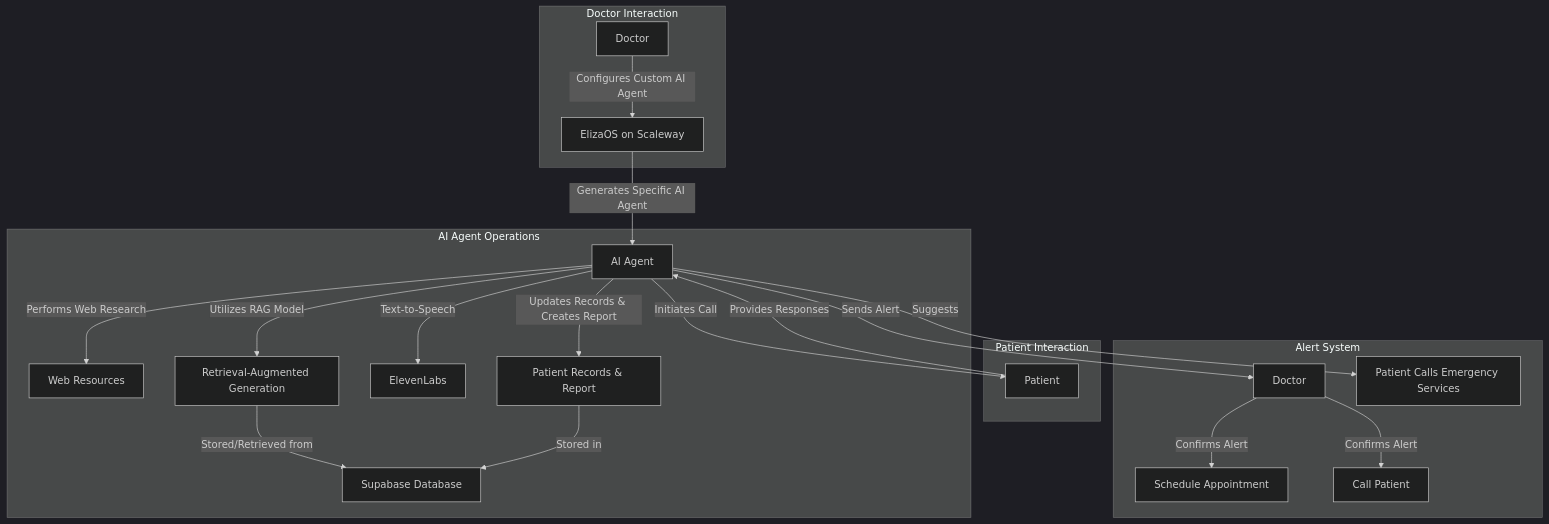
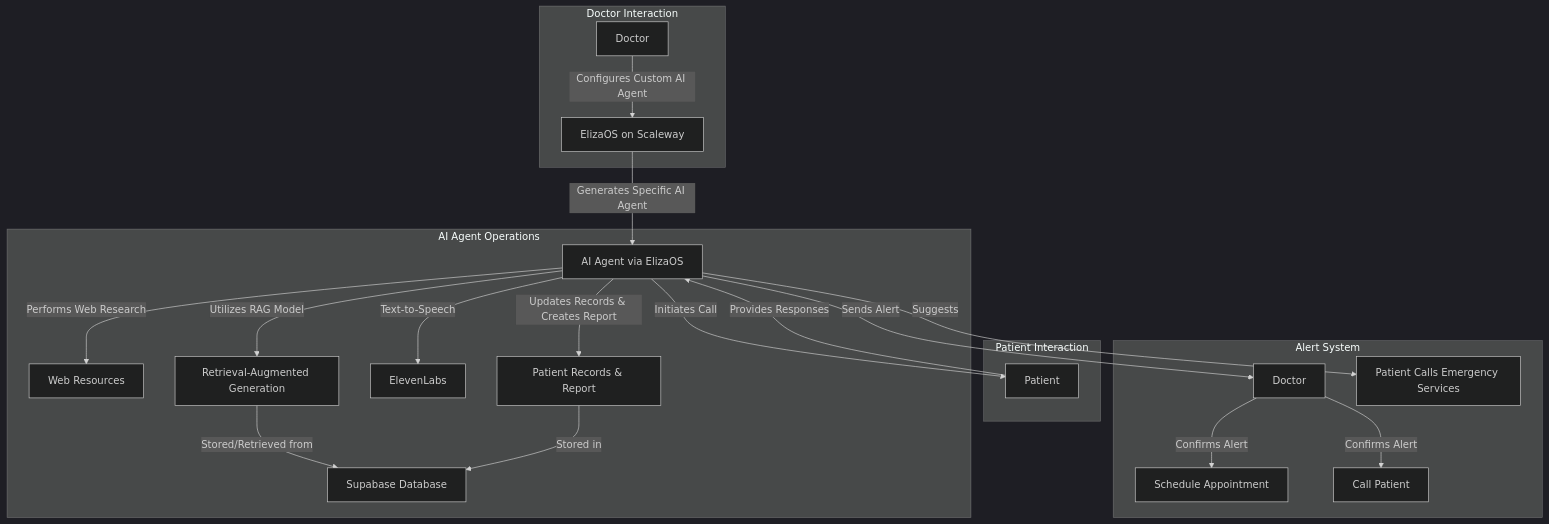
The diagram in README.md (SunJacques/agentic-caregivers), drawn with Mermaid (dark theme) before and after one commit. The commit also changed other lines of this file and 2 other files, not shown here.

Commit message:
Twilio outbound for Eliza & Supabase Custom Eliza fix

````diff
--- a/README.md
+++ b/README.md
@@ -14,28 +14,28 @@
 ```mermaid
 graph TD
     subgraph Doctor Interaction
         A[Doctor] -->|Configures Custom AI Agent| B[ElizaOS on Scaleway]
     end
 
     subgraph AI Agent Operations
-        B -->|Generates Specific AI Agent| C[AI Agent]
+        B -->|Generates Specific AI Agent| C[AI Agent via ElizaOS]
         C -->|Performs Web Research| D[Web Resources]
         C -->|Utilizes RAG Model| E[Retrieval-Augmented Generation]
         E -->|Stored/Retrieved from| G[Supabase Database]
         C -->|Text-to-Speech| F[ElevenLabs]
         C -->|Updates Records & Creates Report| M[Patient Records & Report]
         M -->|Stored in| G
     end
 
     subgraph Patient Interaction
         C -->|Initiates Call| H[Patient]
         H -->|Provides Responses| C
     end
 
     subgraph Alert System
         C -->|Sends Alert| I[Doctor]
         C -->|Suggests| J[Patient Calls Emergency Services]
         I -->|Confirms Alert| K[Schedule Appointment]
         I -->|Confirms Alert| L[Call Patient]
     end
 ```
````
